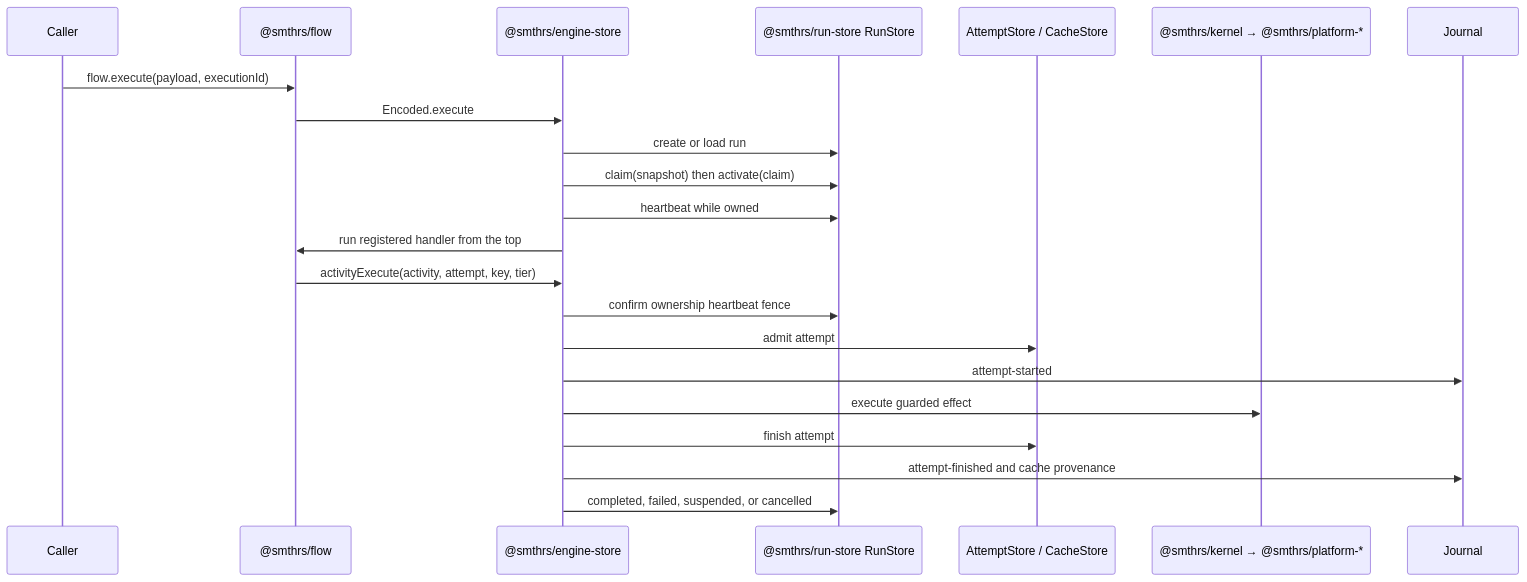
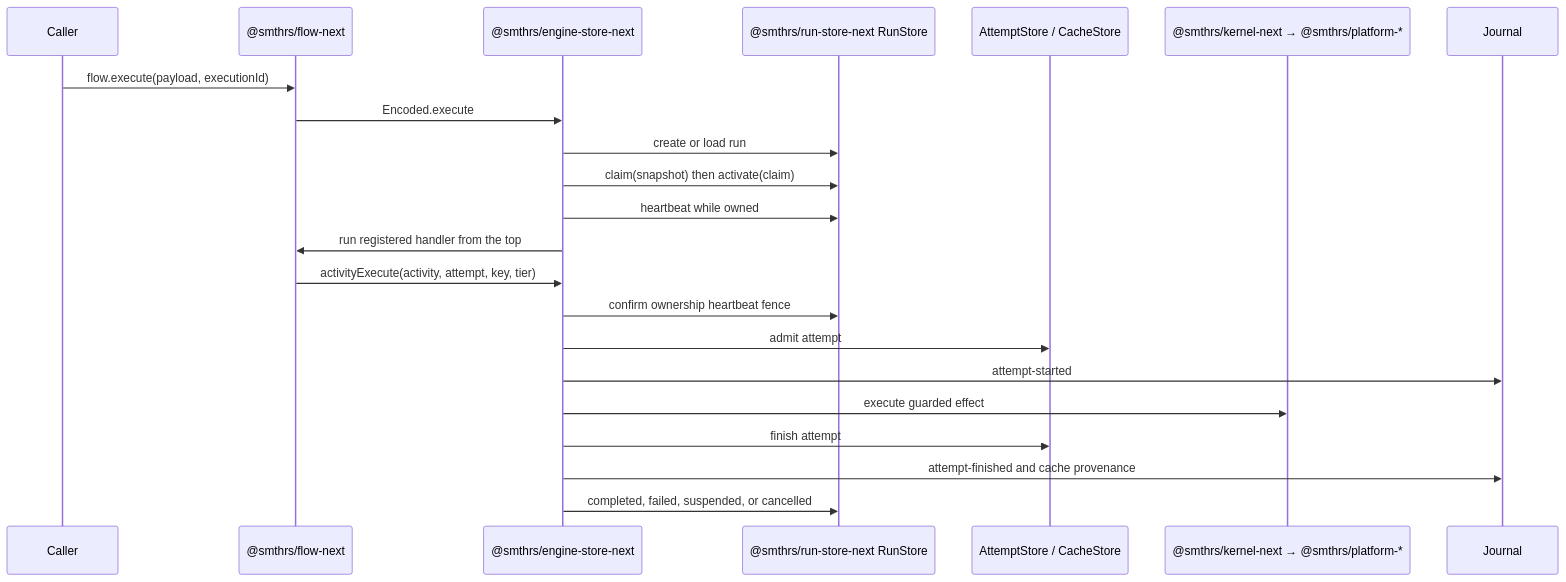
Before and after one commit to smithersai/flows: the diagram in docs/architecture/execution-data-flow.md, drawn with Mermaid. The commit also changed other lines of this file and 519 other files, not shown here.

First line of the commit message:
🚚 refactor(packages): rename @smthrs/* to temporary @smthrs/*-next

````diff
--- a/docs/architecture/execution-data-flow.md
+++ b/docs/architecture/execution-data-flow.md
@@ -5,25 +5,25 @@
 ```mermaid
 sequenceDiagram
   participant Caller
-  participant Flow as @smthrs/flow
-  participant Driver as @smthrs/engine-store
-  participant Runs as @smthrs/run-store RunStore
+  participant Flow as @smthrs/flow-next
+  participant Driver as @smthrs/engine-store-next
+  participant Runs as @smthrs/run-store-next RunStore
   participant Attempts as AttemptStore / CacheStore
-  participant Host as @smthrs/kernel → @smthrs/platform-*
+  participant Host as @smthrs/kernel-next → @smthrs/platform-*
   participant Journal as Journal
 
   Caller->>Flow: flow.execute(payload, executionId)
   Flow->>Driver: Encoded.execute
   Driver->>Runs: create or load run
   Driver->>Runs: claim(snapshot) then activate(claim)
   Driver->>Runs: heartbeat while owned
   Driver->>Flow: run registered handler from the top
   Flow->>Driver: activityExecute(activity, attempt, key, tier)
   Driver->>Runs: confirm ownership heartbeat fence
   Driver->>Attempts: admit attempt
   Driver->>Journal: attempt-started
   Driver->>Host: execute guarded effect
   Driver->>Attempts: finish attempt
   Driver->>Journal: attempt-finished and cache provenance
   Driver->>Runs: completed, failed, suspended, or cancelled
 ```
````
